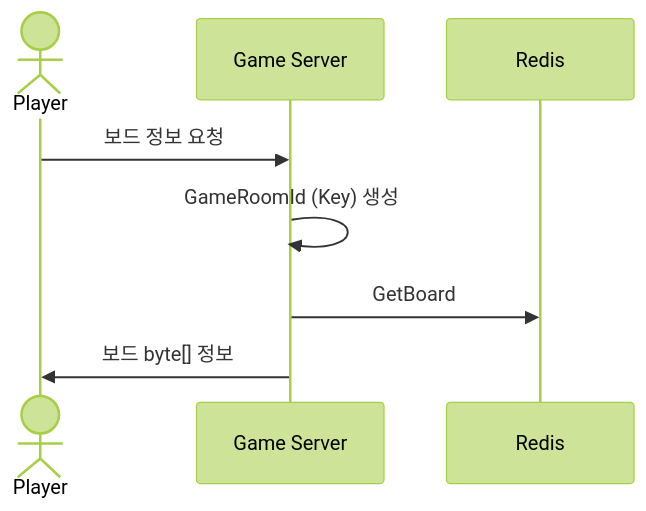
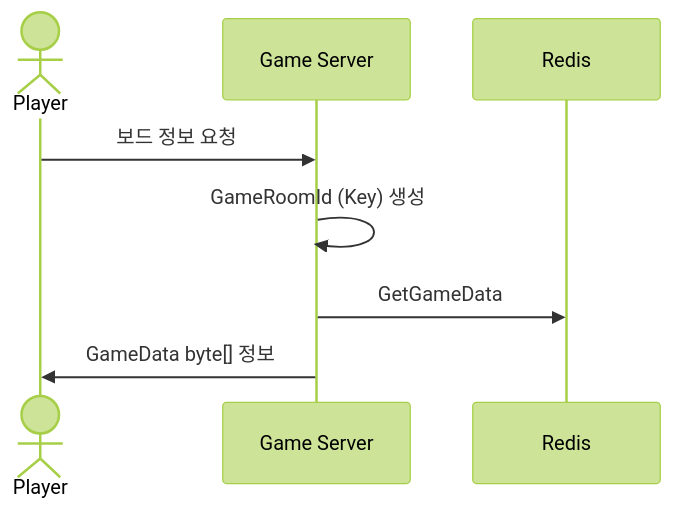
Before and after one commit to yujinS0/Omok-Game: the fourth of 4 diagrams in SequenceDiagram/GamePlay.md, drawn with Mermaid (forest theme). The commit also changed other lines of this file, not shown here.

````diff
--- a/SequenceDiagram/GamePlay.md
+++ b/SequenceDiagram/GamePlay.md
@@ -81,12 +82,12 @@
 ```mermaid
 sequenceDiagram
 	actor Player
 	participant Game Server
   	participant Redis
 
 	Player ->> Game Server: 보드 정보 요청
 	Game Server ->> Game Server : GameRoomId (Key) 생성
-  Game Server ->> Redis : GetBoard
-  Game Server ->> Player : 보드 byte[] 정보
+  Game Server ->> Redis : GetGameData
+  Game Server ->> Player : GameData byte[] 정보
 
 ```
````
